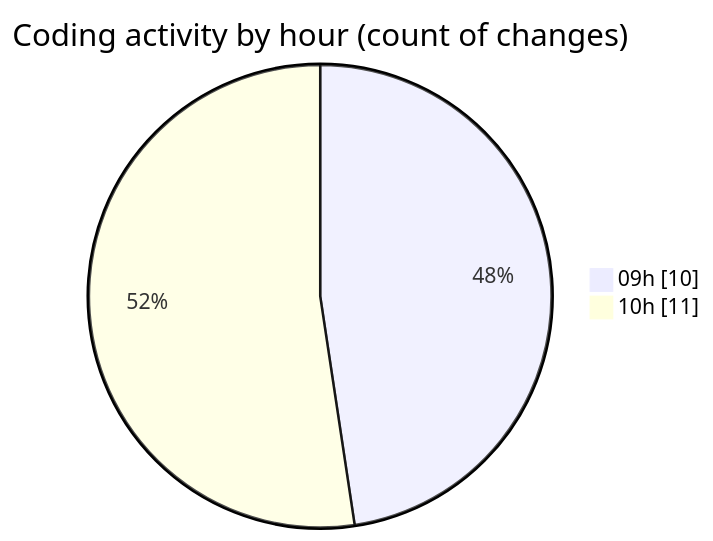
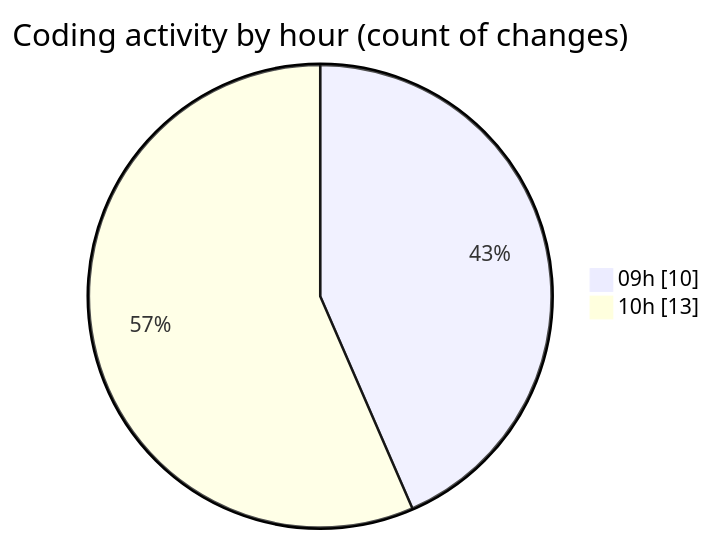
One commit to MatusMokan/code-tracking changed the second of 2 diagrams in 2025-03-21/myws__workspace_/README.md. Above: the diagram before and after it, drawn with Mermaid. The commit also changed other lines of this file and 1 other file, not shown here.

````diff
--- a/2025-03-21/myws__workspace_/README.md
+++ b/2025-03-21/myws__workspace_/README.md
@@ -28,6 +28,6 @@
 ```mermaid
 pie showData
 title Coding activity by hour (count of changes)
 "09h" : 10
-"10h" : 11
+"10h" : 13
 ```
````
